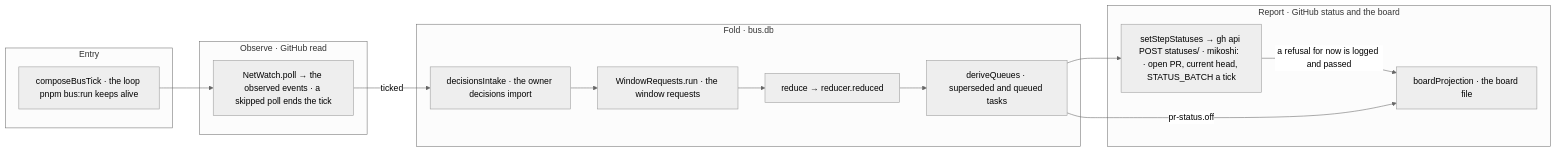
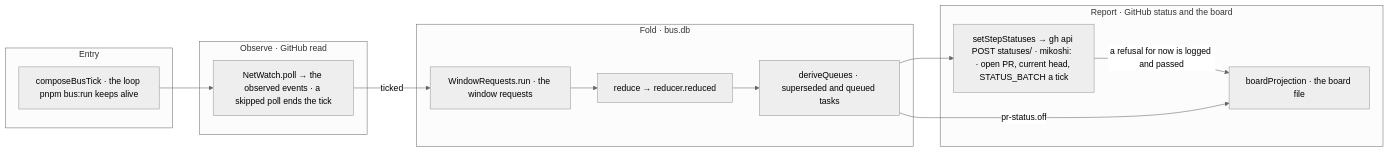
Before and after one commit to E1i/mikoshi-construct: the diagram in architecture/composition/bus.md, drawn with Mermaid (neutral theme). The commit also changed other lines of this file and 7 other files, not shown here.

````diff
--- a/architecture/composition/bus.md
+++ b/architecture/composition/bus.md
@@ -9,27 +9,25 @@
 ```mermaid
 flowchart LR
   subgraph b_entry["Entry"]
     root["composeBusTick · the loop pnpm bus:run keeps alive"]
   end
   subgraph b_observe["Observe · GitHub read"]
     netwatch["NetWatch.poll → the observed events · a skipped poll ends the tick"]
   end
   subgraph b_fold["Fold · bus.db"]
-    decisions["decisionsIntake · the owner decisions import"]
     requests["WindowRequests.run · the window requests"]
     reduce["reduce → reducer.reduced"]
     queues["deriveQueues · superseded and queued tasks"]
   end
   subgraph b_report["Report · GitHub status and the board"]
     statuses["setStepStatuses → gh api POST statuses/<head> · mikoshi: <step> · open PR, current head, STATUS_BATCH a tick"]
     board["boardProjection · the board file"]
   end
   root --> netwatch
-  netwatch -->|"ticked"| decisions
-  decisions --> requests
+  netwatch -->|"ticked"| requests
   requests --> reduce
   reduce --> queues
   queues --> statuses
   statuses -->|"a refusal for now is logged and passed"| board
   queues -->|"pr-status.off"| board
 ```
````
